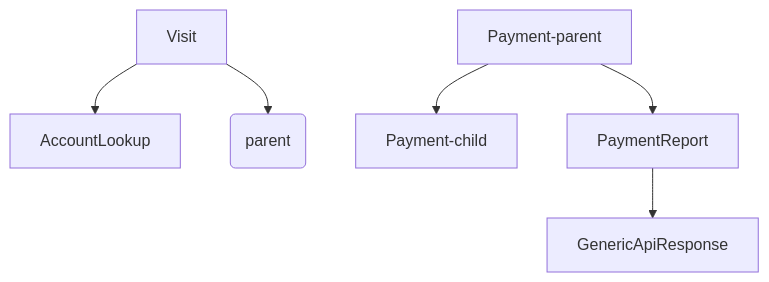
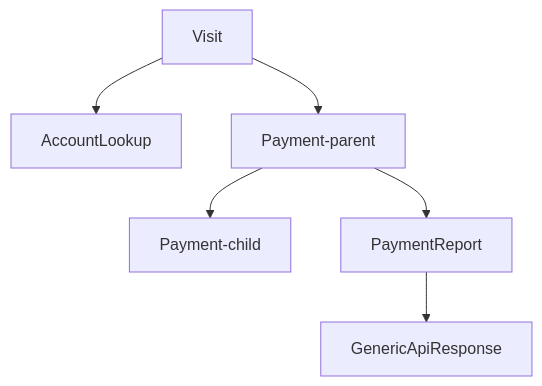
One commit to PhiMed/rails_engine_fe changed the diagram in README.md. Above: the diagram before and after it, drawn with Mermaid.

````diff
--- a/README.md
+++ b/README.md
@@ -9,8 +9,8 @@
 ```mermaid
 graph TD;
     Visit-->AccountLookup;
-    Visit-->Payment(parent);
+    Visit-->Payment-parent;
     Payment-parent-->Payment-child;
     Payment-parent-->PaymentReport;
     PaymentReport-->GenericApiResponse
 ```
````
